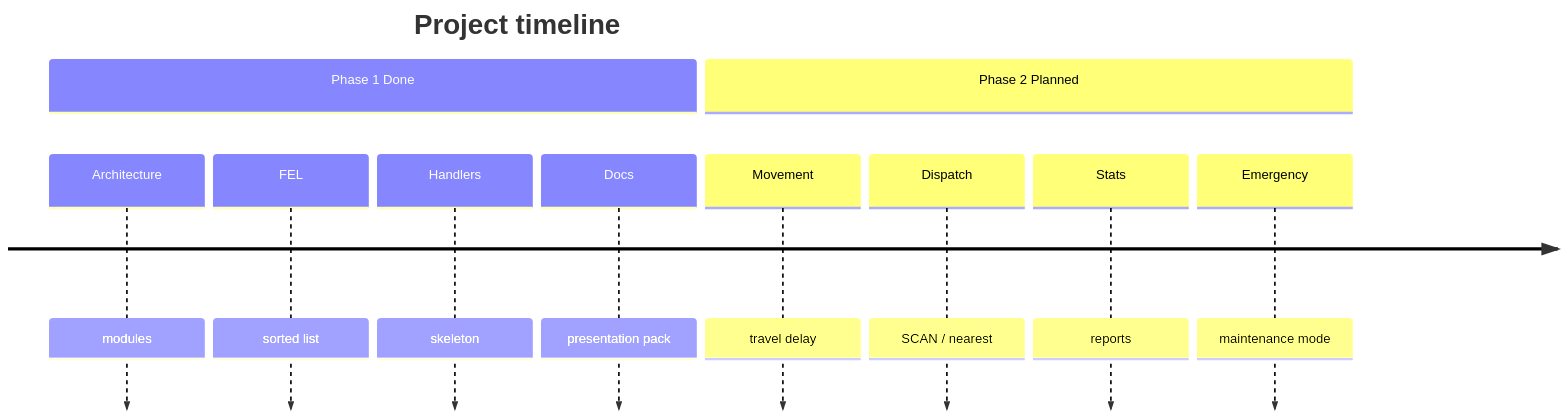
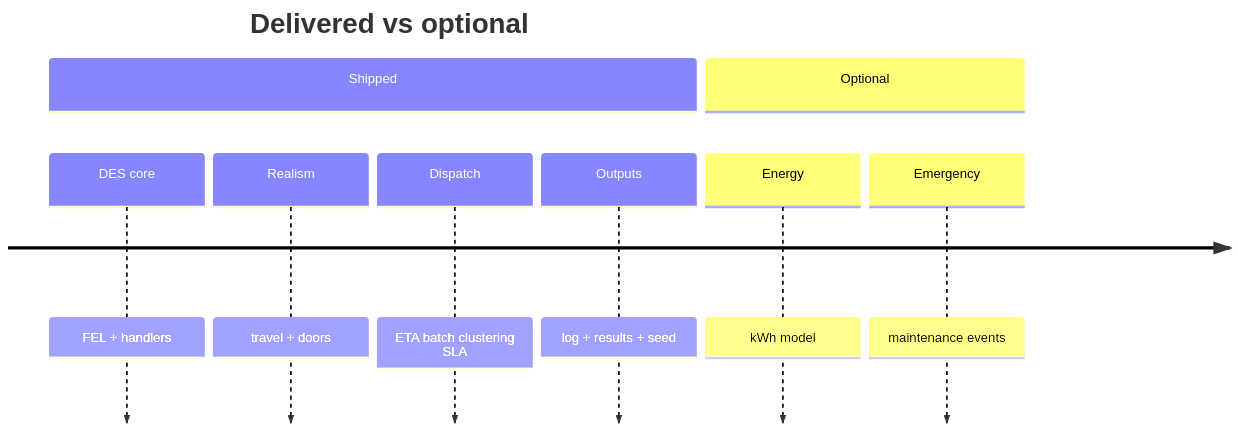
The tenth of 10 diagrams in docs/PROJECT_OVERVIEW_VISUAL.md (GalVitrak/Elevator-Managment-DES), drawn with Mermaid before and after one commit. The commit also changed other lines of this file and 51 other files, not shown here.

First line of the commit message:
Complete wait-priority dispatch, SLA reporting, and documentation sync.

````diff
--- a/docs/PROJECT_OVERVIEW_VISUAL.md
+++ b/docs/PROJECT_OVERVIEW_VISUAL.md
@@ -213,14 +213,12 @@
 ```mermaid
 timeline
-    title Project timeline
-    section Phase 1 Done
-        Architecture : modules
-        FEL : sorted list
-        Handlers : skeleton
-        Docs : presentation pack
-    section Phase 2 Planned
-        Movement : travel delay
-        Dispatch : SCAN / nearest
-        Stats : reports
-        Emergency : maintenance mode
+    title Delivered vs optional
+    section Shipped
+        DES core : FEL + handlers
+        Realism : travel + doors
+        Dispatch : ETA batch clustering SLA
+        Outputs : log + results + seed
+    section Optional
+        Energy : kWh model
+        Emergency : maintenance events
 ```
````
